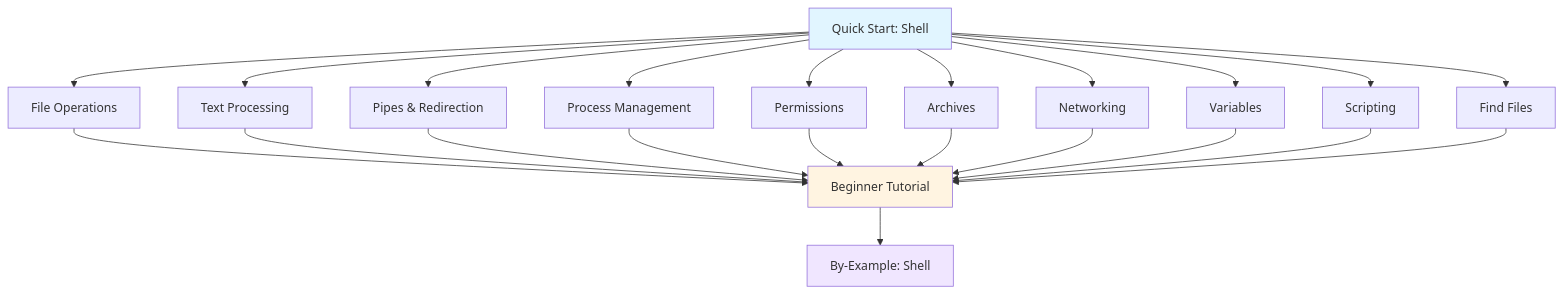
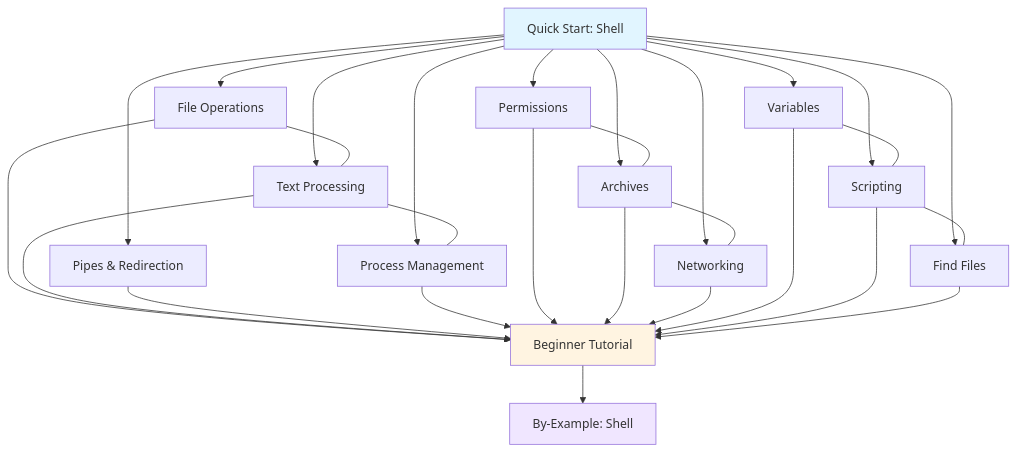
Before and after one commit to wahidyankf/baseerah: the diagram in apps/ayokoding-www/content/en/learn/software-engineering/platforms/linux/tools/shell/quick-start.md, drawn with Mermaid. The commit also changed 88 other files, not shown here.

First line of the commit message:
fix(ayokoding-www): resolve pre-existing Mermaid violations, exclude fixtures/plans-done

````diff
--- a/apps/ayokoding-www/content/en/learn/software-engineering/platforms/linux/tools/shell/quick-start.md
+++ b/apps/ayokoding-www/content/en/learn/software-engineering/platforms/linux/tools/shell/quick-start.md
@@ -40,30 +40,37 @@
 ```mermaid
 graph TD
     A[Quick Start: Shell] --> B[File Operations]
     A --> C[Text Processing]
     A --> D[Pipes & Redirection]
     A --> E[Process Management]
     A --> F[Permissions]
     A --> G[Archives]
     A --> H[Networking]
     A --> I[Variables]
     A --> J[Scripting]
     A --> K[Find Files]
+
+    B --- C
+    C --- E
+    F --- G
+    G --- H
+    I --- J
+    J --- K
 
     B --> L[Beginner Tutorial]
     C --> L
     D --> L
     E --> L
     F --> L
     G --> L
     H --> L
     I --> L
     J --> L
     K --> L
 
     L --> M[By-Example: Shell]
 
     style A fill:#e1f5ff
     style L fill:#fff4e1
     style M fill:#f0e6ff
 ```
````
